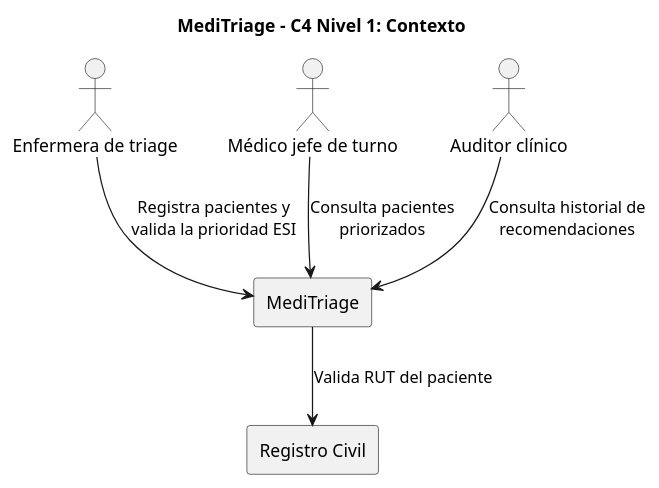
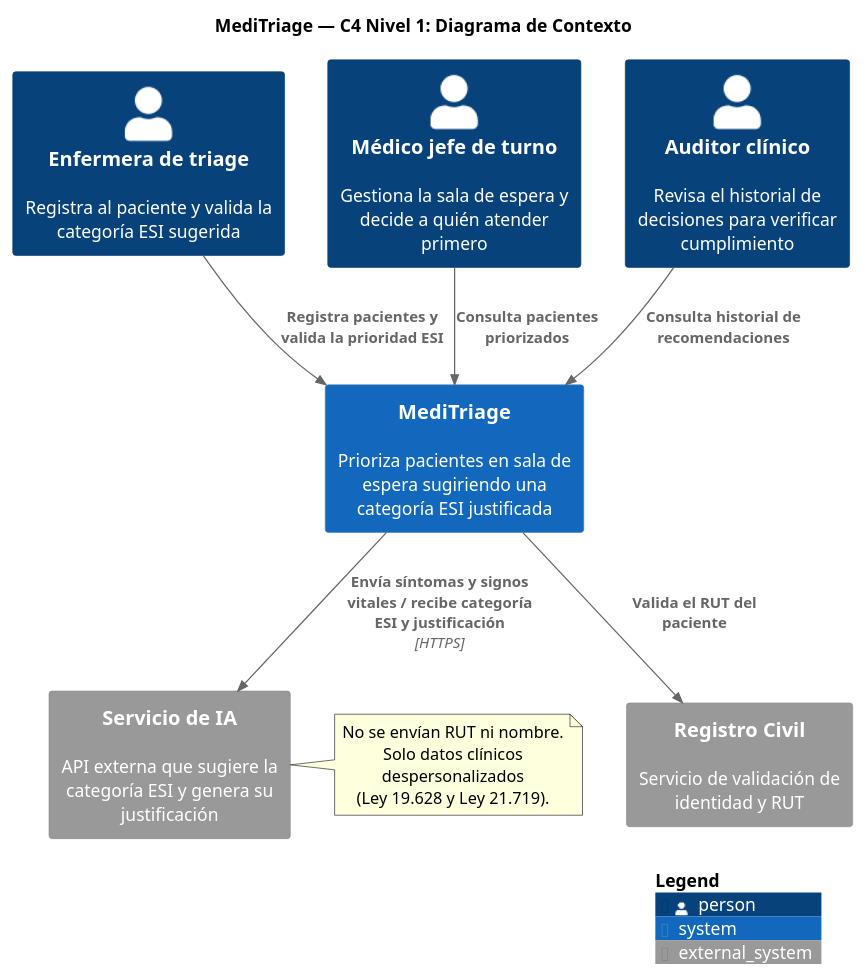
One commit to constanzavaldiviadiaz-svg/meditriage changed the diagram in docs/c4/l1-context.puml. Above: the diagram before and after it, drawn with PlantUML. The commit also changed 1 other file, not shown here.

Commit message:
docs: aplica notacion C4 y agrega el servicio de IA al nivel 1
Reemplaza PlantUML generico (actor, rectangle) por la libreria C4, de
modo que el sistema propio y los sistemas externos se distingan
visualmente, que es el proposito del nivel 1.

Agrega el Servicio de IA como sistema externo, decision tomada en el
ADR 0002, con una nota sobre la despersonalizacion exigida por la Ley
19.628: al servicio no se envian RUT ni nombre.

Regenera el PNG a partir de la fuente corregida.

```diff
--- a/docs/c4/l1-context.puml
+++ b/docs/c4/l1-context.puml
@@ -1,18 +1,29 @@
-@startuml
-title MediTriage - C4 Nivel 1: Contexto
+@startuml l1-context
+!include <C4/C4_Context>
 
-actor "Enfermera de triage" as enfermera
-actor "Médico jefe de turno" as medico
-actor "Auditor clínico" as auditor
+title MediTriage — C4 Nivel 1: Diagrama de Contexto
 
-rectangle "MediTriage" as meditriage
+Person(enfermera, "Enfermera de triage", "Registra al paciente y valida la categoría ESI sugerida")
+Person(medico, "Médico jefe de turno", "Gestiona la sala de espera y decide a quién atender primero")
+Person(auditor, "Auditor clínico", "Revisa el historial de decisiones para verificar cumplimiento")
 
-rectangle "Registro Civil" as registro
+System(meditriage, "MediTriage", "Prioriza pacientes en sala de espera sugiriendo una categoría ESI justificada")
 
-enfermera --> meditriage : Registra pacientes y\nvalida la prioridad ESI
-medico --> meditriage : Consulta pacientes\npriorizados
-auditor --> meditriage : Consulta historial de\nrecomendaciones
+System_Ext(registro, "Registro Civil", "Servicio de validación de identidad y RUT")
+System_Ext(ia, "Servicio de IA", "API externa que sugiere la categoría ESI y genera su justificación")
 
-meditriage --> registro : Valida RUT del paciente
+Rel(enfermera, meditriage, "Registra pacientes y valida la prioridad ESI")
+Rel(medico, meditriage, "Consulta pacientes priorizados")
+Rel(auditor, meditriage, "Consulta historial de recomendaciones")
 
+Rel(meditriage, registro, "Valida el RUT del paciente")
+Rel(meditriage, ia, "Envía síntomas y signos vitales / recibe categoría ESI y justificación", "HTTPS")
+
+note right of ia
+  No se envían RUT ni nombre.
+  Solo datos clínicos despersonalizados
+  (Ley 19.628 y Ley 21.719).
+end note
+
+SHOW_LEGEND()
 @enduml
```
